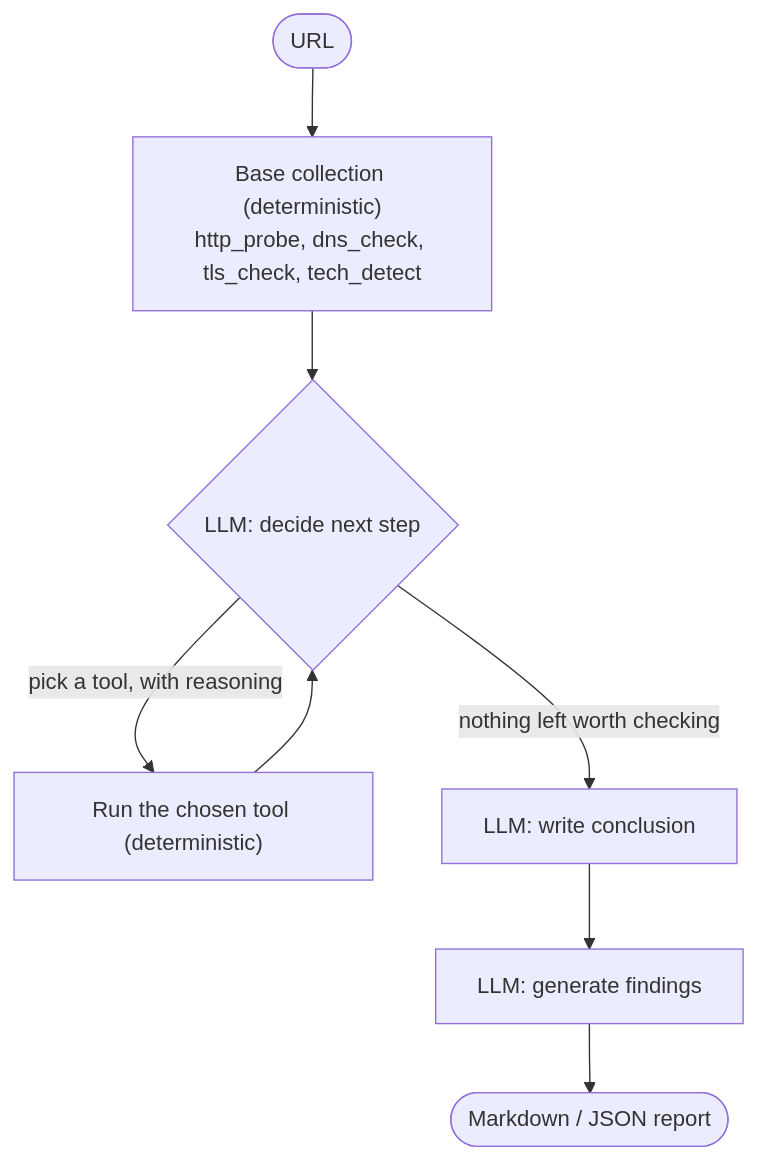
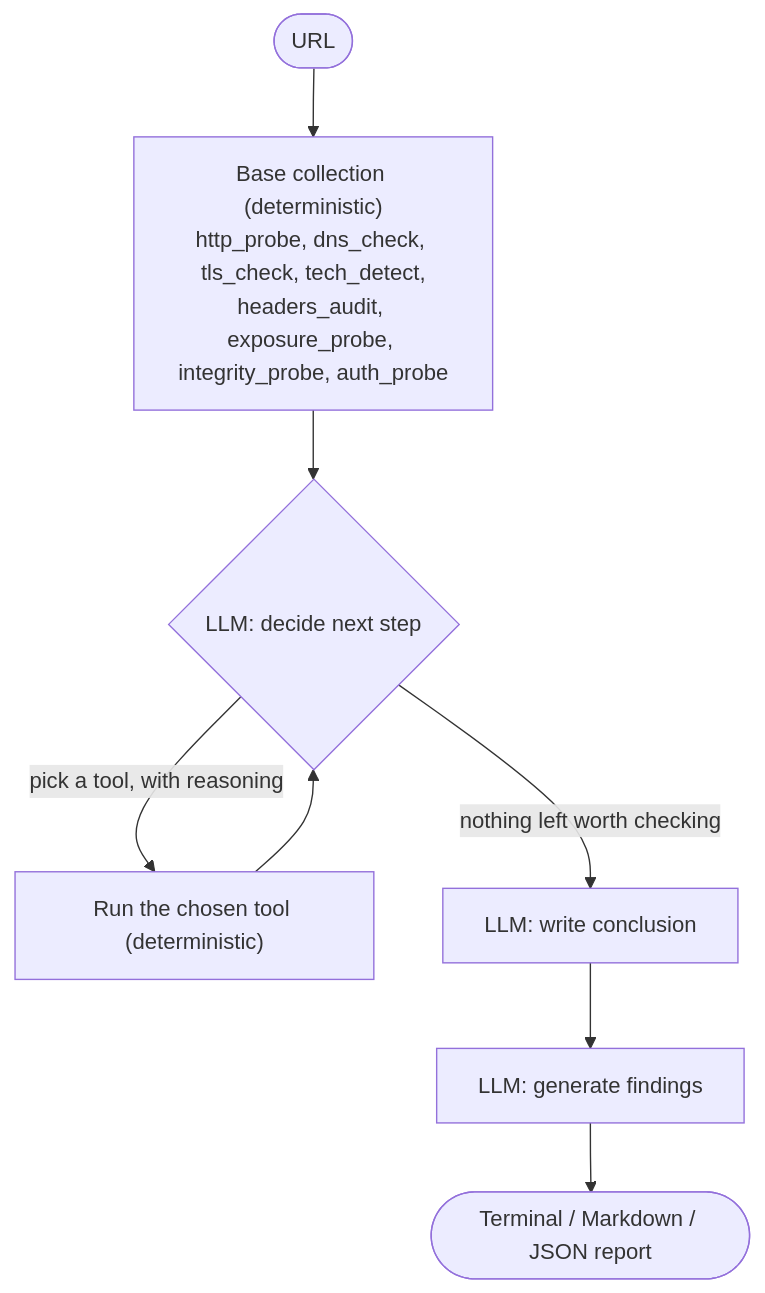
One commit to dujudini/site-audit-agent changed the diagram in README.md. Above: the diagram before and after it, drawn with Mermaid. The commit also changed other lines of this file and 36 other files, not shown here.

````diff
--- a/README.md
+++ b/README.md
@@ -53,10 +22,10 @@
 ```mermaid
 flowchart TD
-    U([URL]) --> B["Base collection (deterministic)<br/>http_probe, dns_check, tls_check, tech_detect"]
+    U([URL]) --> B["Base collection (deterministic)<br/>http_probe, dns_check, tls_check, tech_detect,<br/>headers_audit, exposure_probe, integrity_probe, auth_probe"]
     B --> D{"LLM: decide next step"}
     D -- "pick a tool, with reasoning" --> X["Run the chosen tool (deterministic)"]
     X --> D
     D -- "nothing left worth checking" --> CN["LLM: write conclusion"]
     CN --> FG["LLM: generate findings"]
-    FG --> RP([Markdown / JSON report])
+    FG --> RP([Terminal / Markdown / JSON report])
 ```
````
